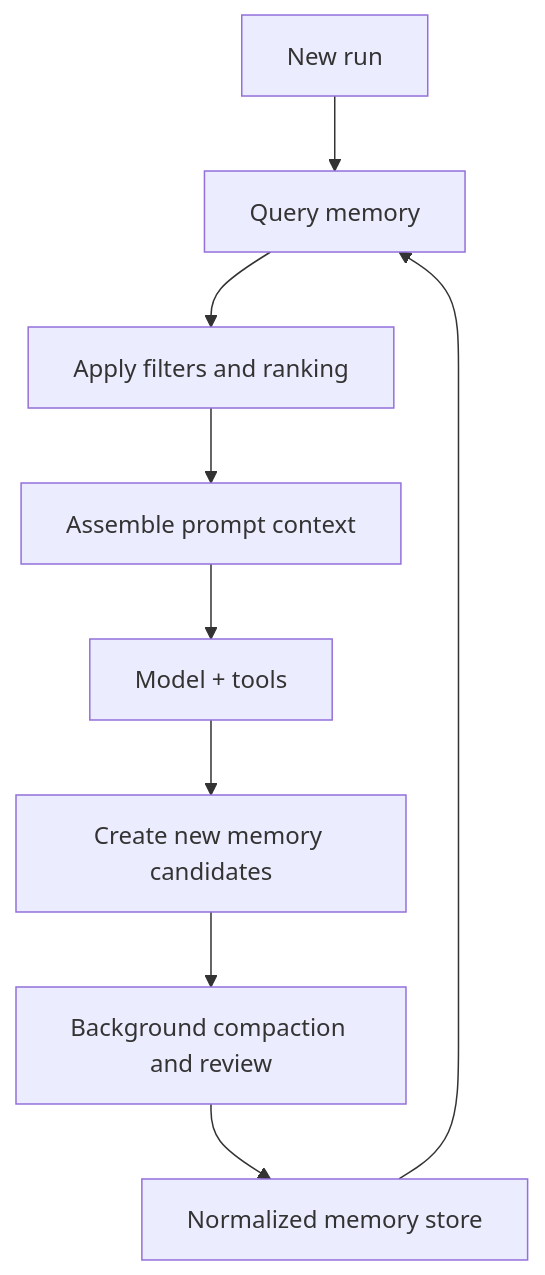
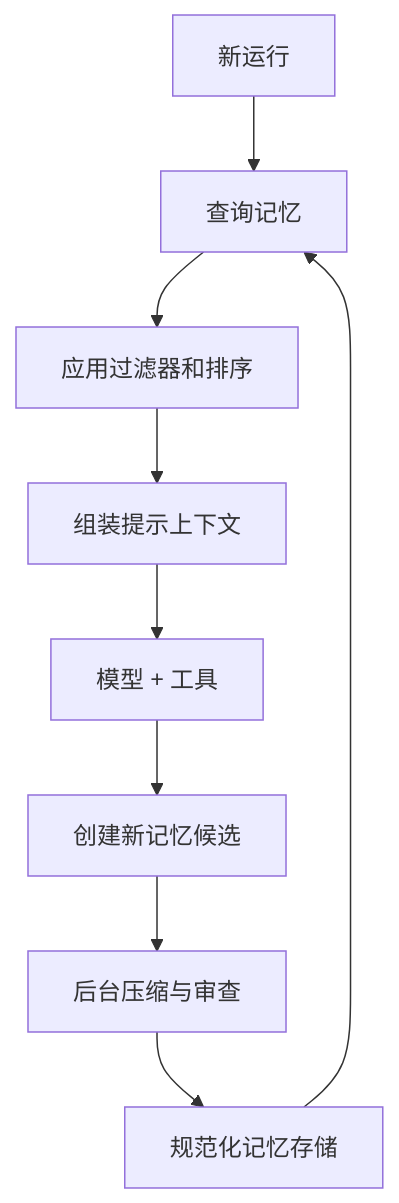
One commit to agent-axiom/agent-arch changed the diagram in docs/book/part-iii/chapter-7.zh.md. Above: the diagram before and after it, drawn with Mermaid. The commit also changed other lines of this file, not shown here.

````diff
--- a/docs/book/part-iii/chapter-7.zh.md
+++ b/docs/book/part-iii/chapter-7.zh.md
@@ -99,11 +99,11 @@
 ``` mermaid
 flowchart TD
-    A["New run"] --> B["Query memory"]
-    B --> C["Apply filters and ranking"]
-    C --> D["Assemble prompt context"]
-    D --> E["Model + tools"]
-    E --> F["Create new memory candidates"]
-    F --> G["Background compaction and review"]
-    G --> H["Normalized memory store"]
+    A["新运行"] --> B["查询记忆"]
+    B --> C["应用过滤器和排序"]
+    C --> D["组装提示上下文"]
+    D --> E["模型 + 工具"]
+    E --> F["创建新记忆候选"]
+    F --> G["后台压缩与审查"]
+    G --> H["规范化记忆存储"]
     H --> B
 ```
````
